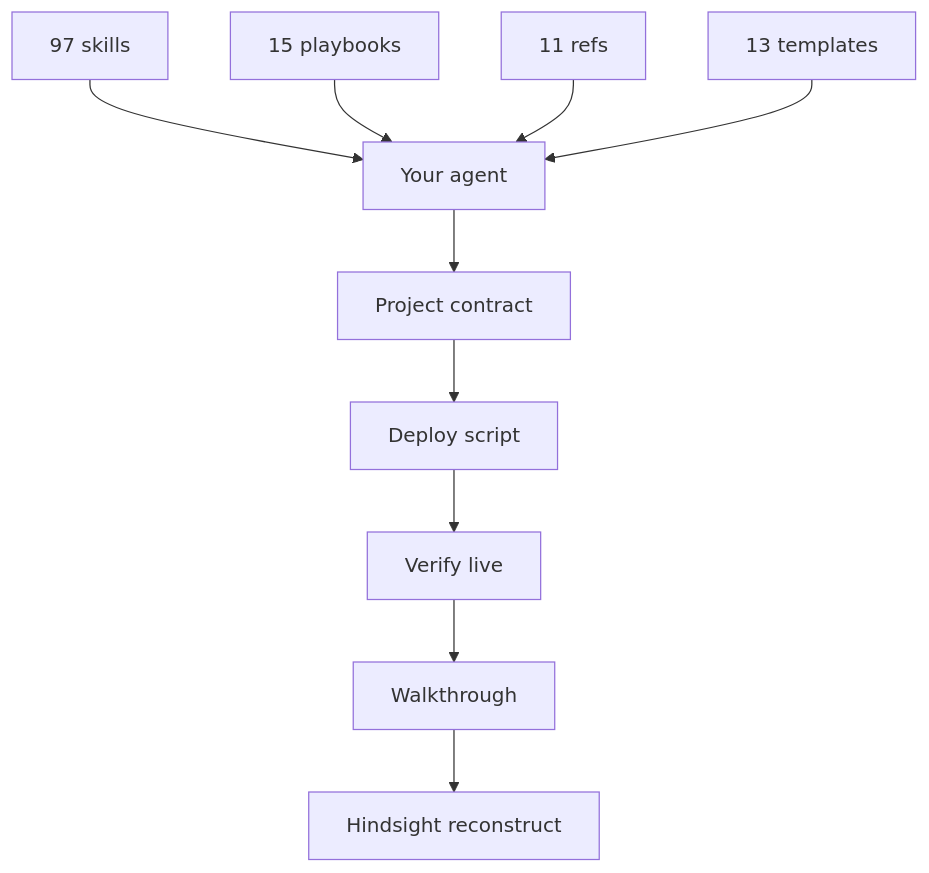
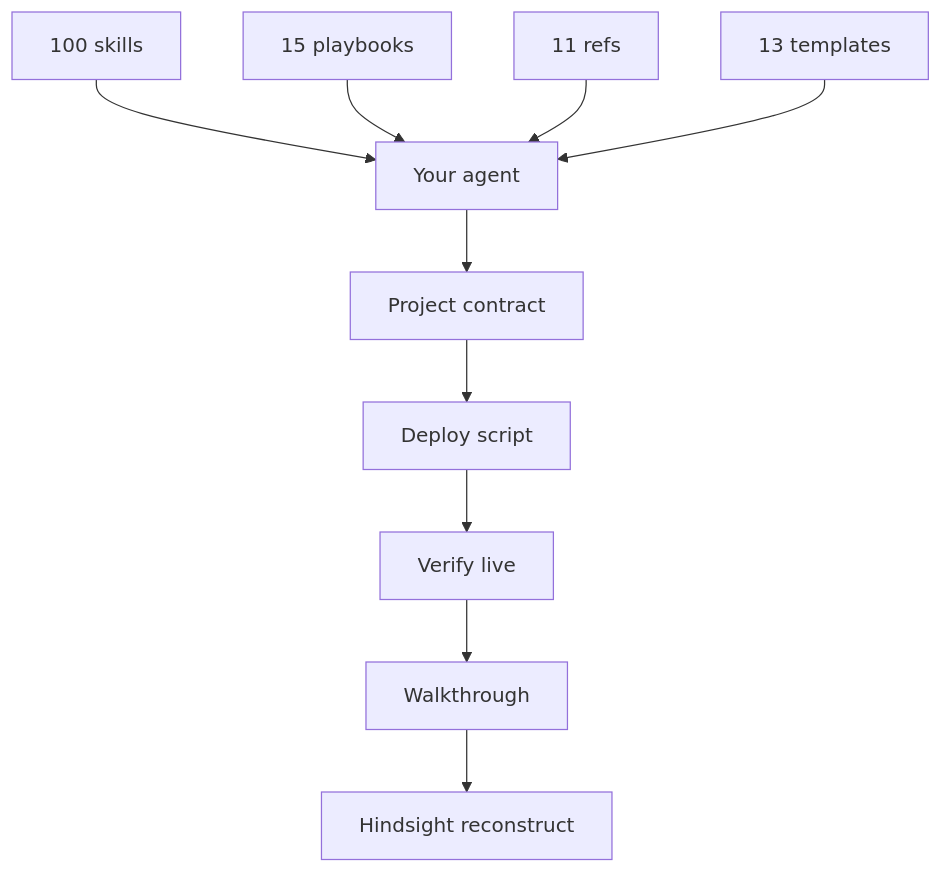
Before and after one commit to Nonarkara/dr-non-vibecoding-skills: the third of 3 diagrams in README.md, drawn with Mermaid. The commit also changed other lines of this file and 7 other files, not shown here.

````diff
--- a/README.md
+++ b/README.md
@@ -371,12 +371,12 @@
 ```mermaid
 flowchart TB
-  S["97 skills"] --> A["Your agent"]
+  S["100 skills"] --> A["Your agent"]
   P["15 playbooks"] --> A
   R["11 refs"] --> A
   T["13 templates"] --> A
   A --> W["Project contract"]
   W --> D["Deploy script"]
   D --> V["Verify live"]
   V --> H["Walkthrough"]
   H --> L["Hindsight reconstruct"]
 ```
````
